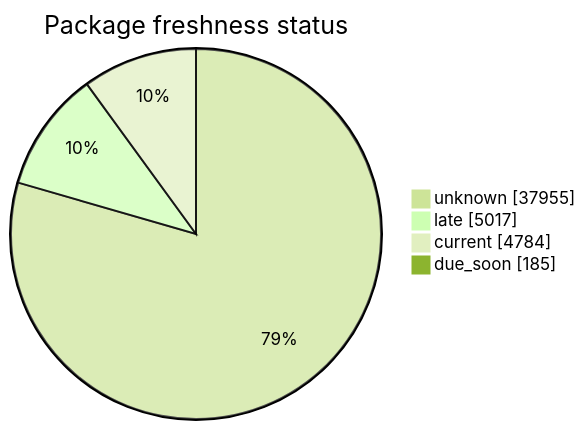
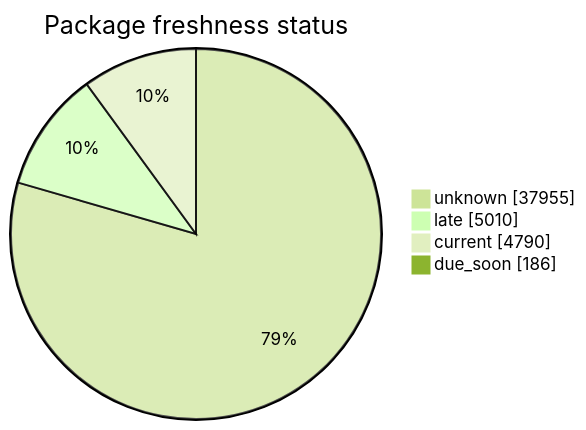
One commit to open-data/analytics-corporate-reporting changed the second of 5 diagrams in FreshCheck/README.md. Above: the diagram before and after it, drawn with Mermaid (forest theme). The commit also changed other lines of this file and 3 other files, not shown here.

````diff
--- a/FreshCheck/README.md
+++ b/FreshCheck/README.md
@@ -68,7 +68,7 @@
 ```mermaid
 pie showData title Package freshness status
     "unknown": 37955
-    "late": 5017
-    "current": 4784
-    "due_soon": 185
+    "late": 5010
+    "current": 4790
+    "due_soon": 186
 ```
````
